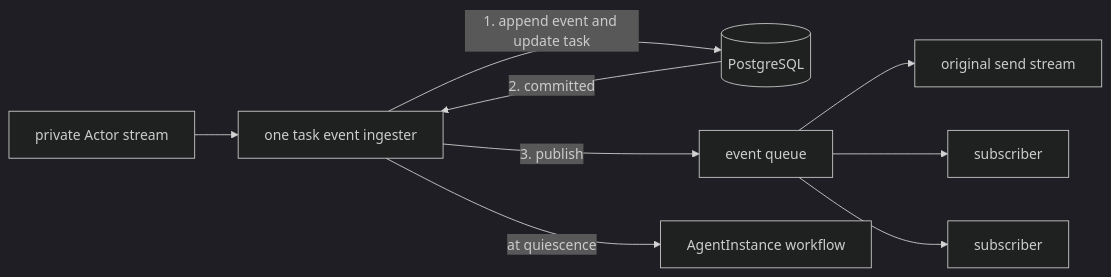
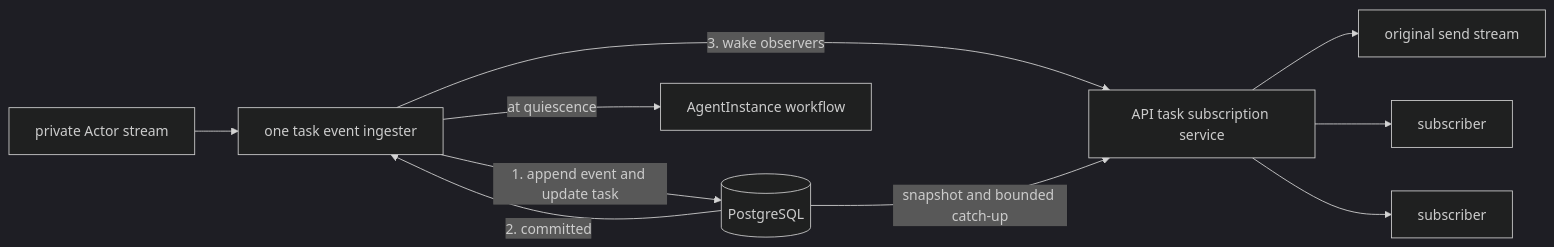
Before and after one commit to kagent-dev/kagent: the diagram in docs/architecture/a2a-gateway.md, drawn with Mermaid (dark theme). The commit also changed other lines of this file and 14 other files, not shown here.

````diff
--- a/docs/architecture/a2a-gateway.md
+++ b/docs/architecture/a2a-gateway.md
@@ -25,11 +28,12 @@
 ```mermaid
 flowchart LR
     ACTOR[private Actor stream] --> INGEST[one task event ingester]
     INGEST -->|1. append event and update task| DB[(PostgreSQL)]
     DB -->|2. committed| INGEST
-    INGEST -->|3. publish| Q[event queue]
-    Q --> SEND[original send stream]
-    Q --> SUB1[subscriber]
-    Q --> SUB2[subscriber]
+    INGEST -->|3. wake observers| READ[API task subscription service]
+    DB -->|snapshot and bounded catch-up| READ
+    READ --> SEND[original send stream]
+    READ --> SUB1[subscriber]
+    READ --> SUB2[subscriber]
     INGEST -->|at quiescence| SUSPEND[AgentInstance workflow]
 ```
````
